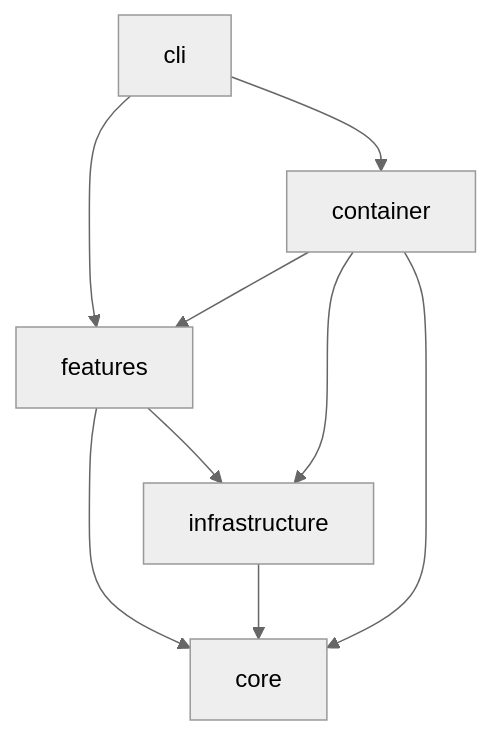
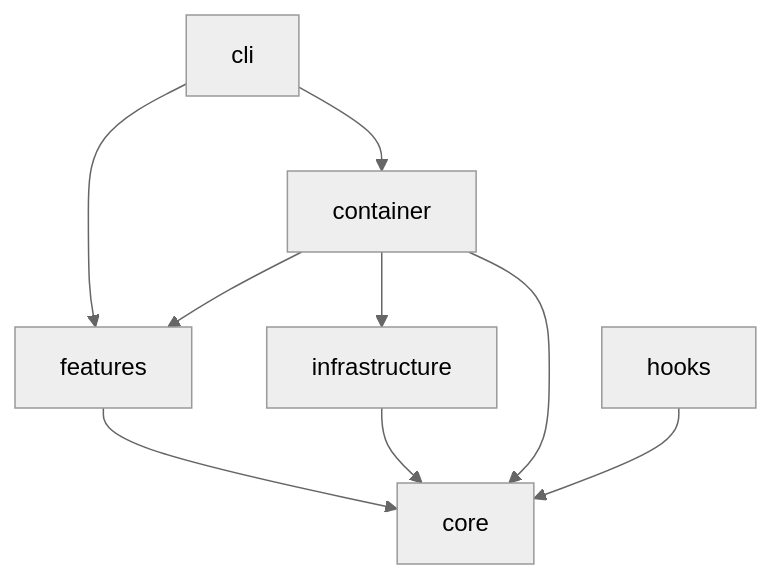
Before and after one commit to marcoaureliomenezes/dadaia-workspace: the first of 3 diagrams in specs/memory/architecture.md, drawn with Mermaid (neutral theme). The commit also changed other lines of this file and 8 other files, not shown here.

````diff
--- a/specs/memory/architecture.md
+++ b/specs/memory/architecture.md
@@ -153,11 +159,11 @@
 ```mermaid
 flowchart TB
     cli --> features
     cli --> container
     features --> core
-    features --> infrastructure
     infrastructure --> core
     container --> features
     container --> infrastructure
     container --> core
+    hooks --> core
 ```
````
